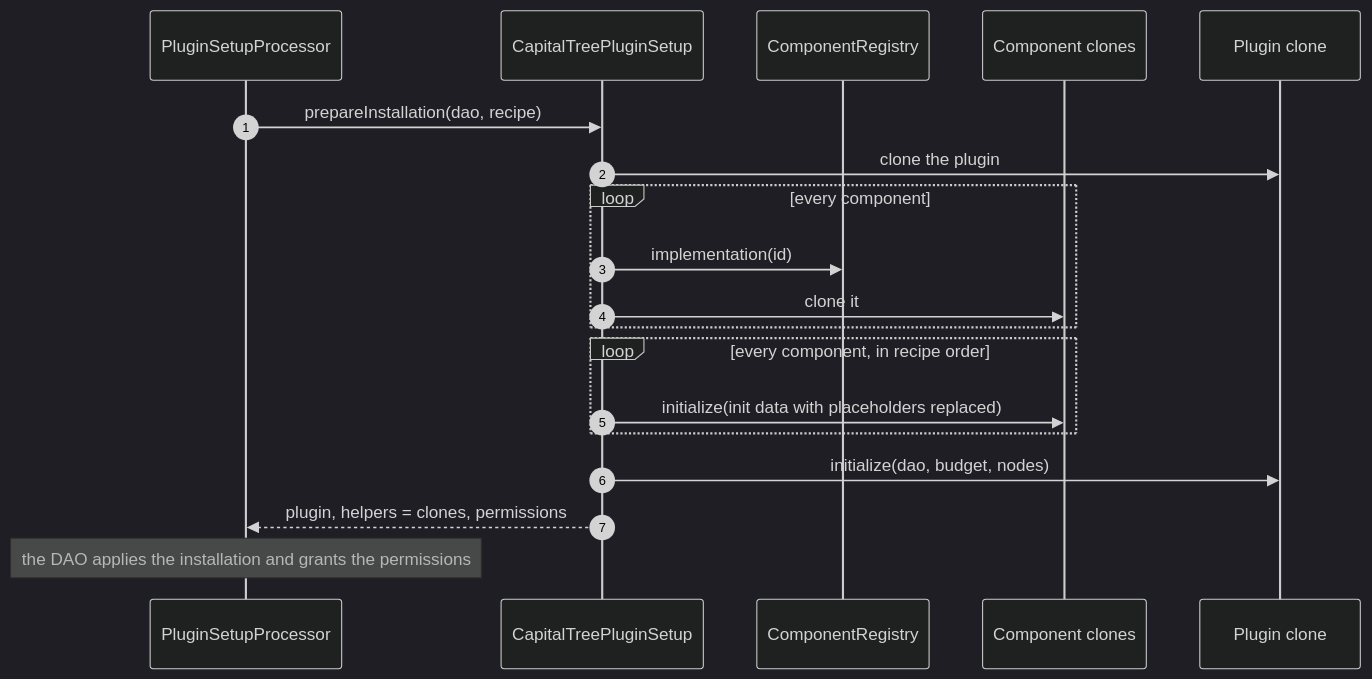
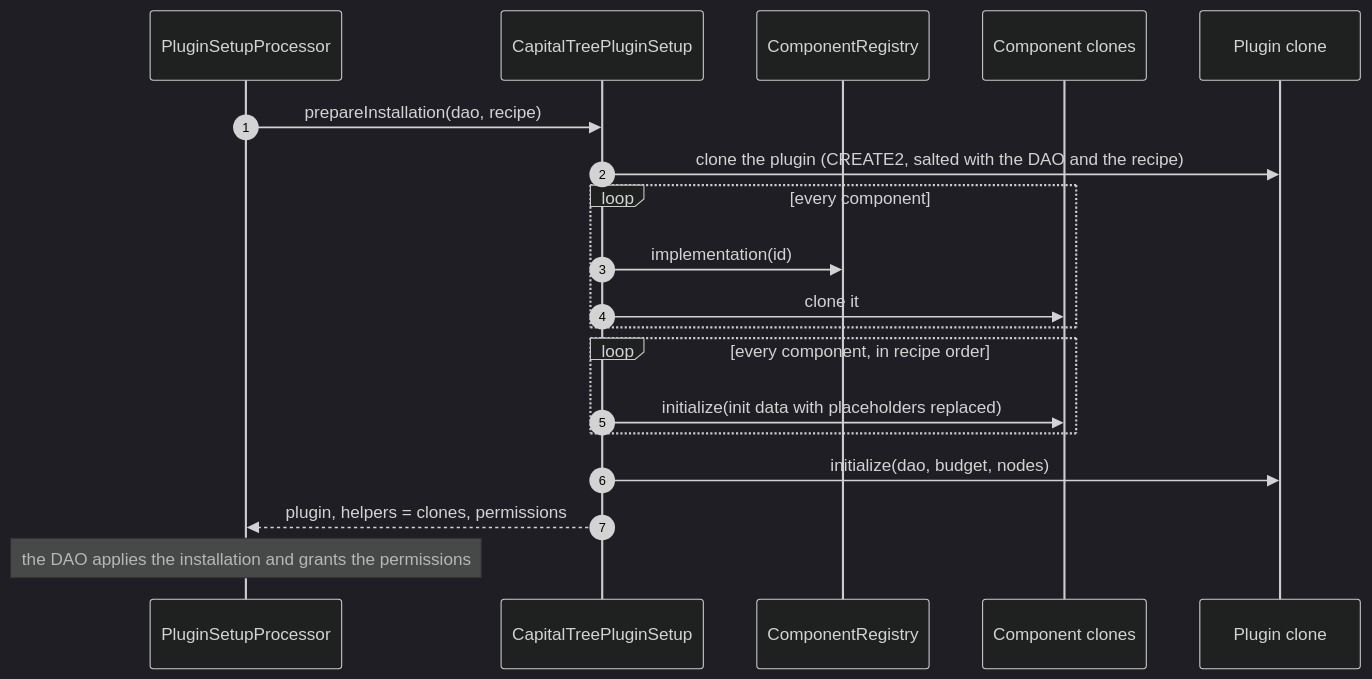
The ninth of 10 diagrams in README.md (antfarm-official/tree-capital), drawn with Mermaid (dark theme) before and after one commit. The commit also changed other lines of this file and 3 other files, not shown here.

````diff
--- a/README.md
+++ b/README.md
@@ -411,22 +411,22 @@
 ```mermaid
 sequenceDiagram
     autonumber
     participant PSP as PluginSetupProcessor
     participant Setup as CapitalTreePluginSetup
     participant Registry as ComponentRegistry
     participant Clones as Component clones
     participant Plugin as Plugin clone
 
     PSP->>Setup: prepareInstallation(dao, recipe)
-    Setup->>Plugin: clone the plugin
+    Setup->>Plugin: clone the plugin (CREATE2, salted with the DAO and the recipe)
     loop every component
         Setup->>Registry: implementation(id)
         Setup->>Clones: clone it
     end
     loop every component, in recipe order
         Setup->>Clones: initialize(init data with placeholders replaced)
     end
     Setup->>Plugin: initialize(dao, budget, nodes)
     Setup-->>PSP: plugin, helpers = clones, permissions
     Note over PSP: the DAO applies the installation and grants the permissions
 ```
````
